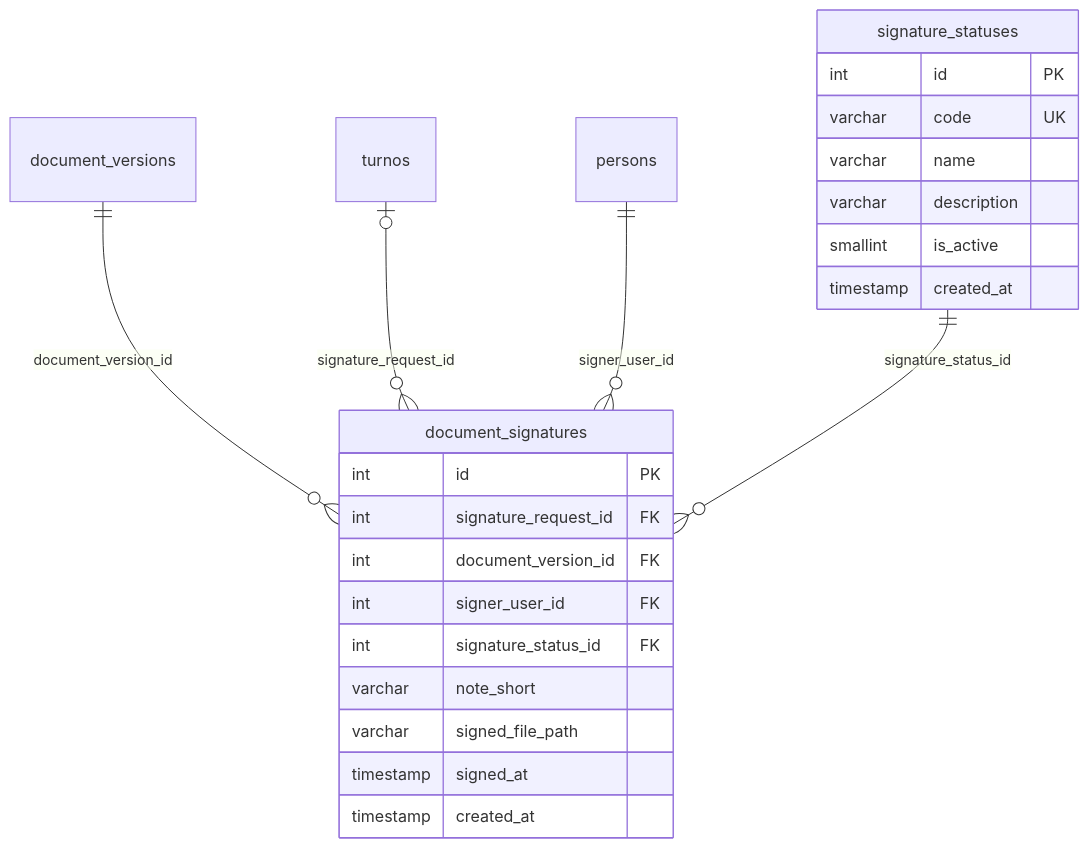
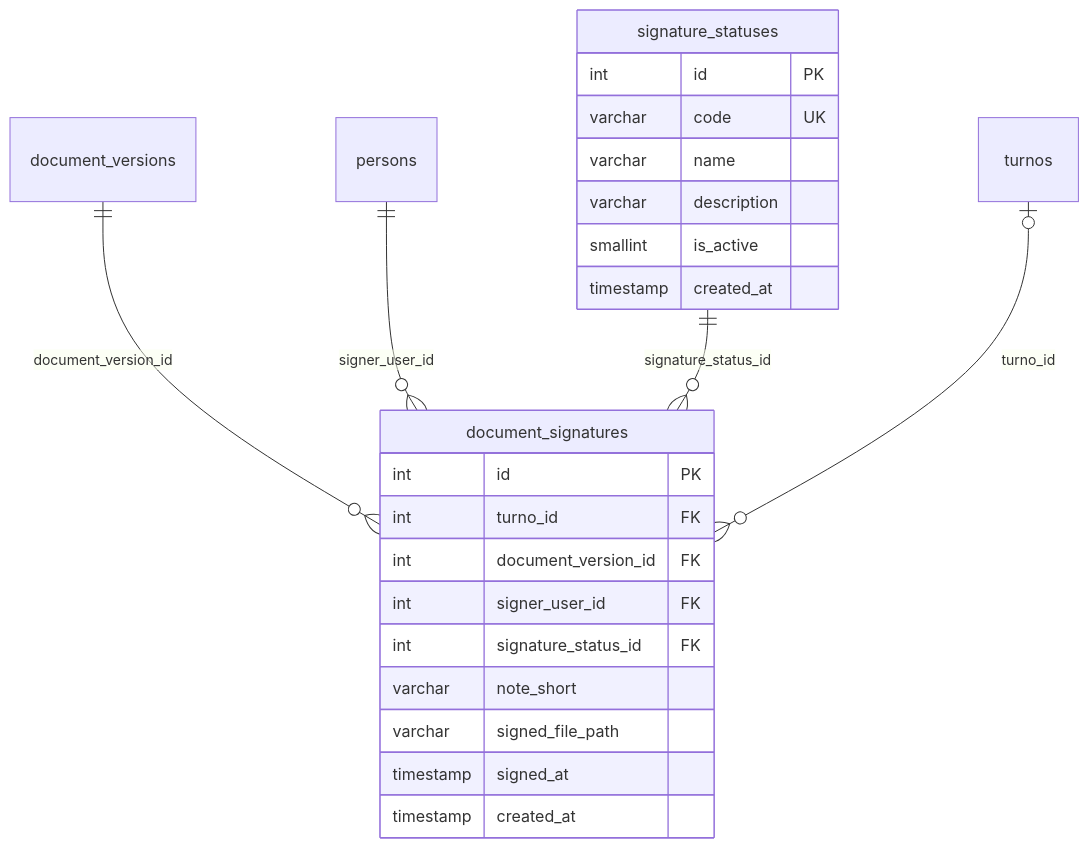
One commit to fresvel/deasy changed the eighth of 9 diagrams in docs/src/content/docs/modelo/mapa-con-campos.md. Above: the diagram before and after it, drawn with Mermaid. The commit also changed other lines of this file and 62 other files, not shown here.

````diff
--- a/docs/src/content/docs/modelo/mapa-con-campos.md
+++ b/docs/src/content/docs/modelo/mapa-con-campos.md
@@ -545,27 +545,27 @@
 ```mermaid
 erDiagram
   %% generado por scripts/docs/gen-mapa-campos.mjs: no se edita a mano
   document_signatures {
     int id PK
-    int signature_request_id FK
+    int turno_id FK
     int document_version_id FK
     int signer_user_id FK
     int signature_status_id FK
     varchar note_short
     varchar signed_file_path
     timestamp signed_at
     timestamp created_at
   }
   signature_statuses {
     int id PK
     varchar code UK
     varchar name
     varchar description
     smallint is_active
     timestamp created_at
   }
   document_versions ||--o{ document_signatures : "document_version_id"
-  turnos |o--o{ document_signatures : "signature_request_id"
   persons ||--o{ document_signatures : "signer_user_id"
   signature_statuses ||--o{ document_signatures : "signature_status_id"
+  turnos |o--o{ document_signatures : "turno_id"
 ```
````
